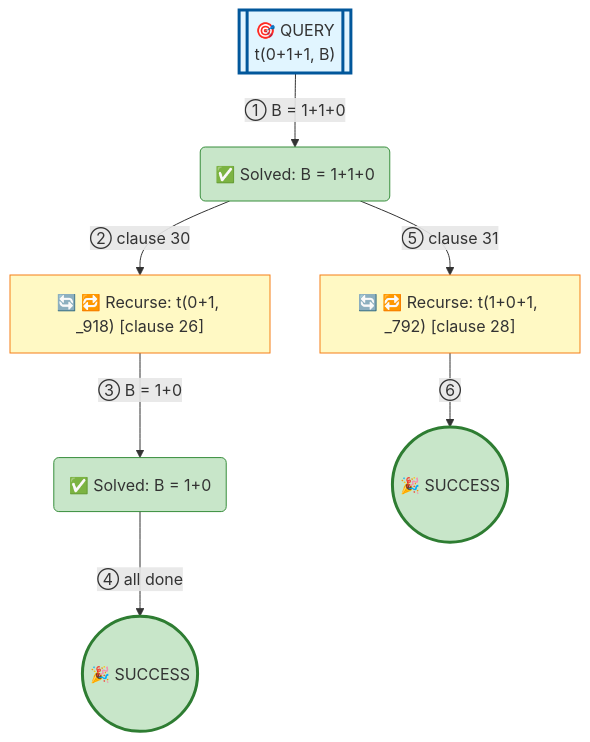
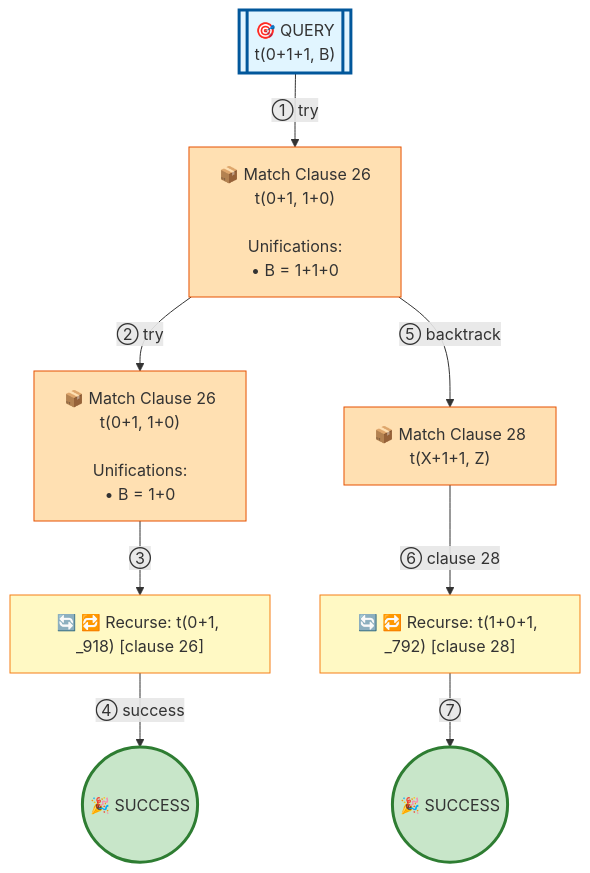
One commit to jarecsni/prolog-trace-viz changed the diagram in examples/3_3_operators-output.md. Above: the diagram before and after it, drawn with Mermaid. The commit also changed other lines of this file and 24 other files, not shown here.

````diff
--- a/examples/3_3_operators-output.md
+++ b/examples/3_3_operators-output.md
@@ -19,29 +19,32 @@
 ```mermaid
 graph TD
 
 %% Nodes
 A[["🎯 QUERY<br/>t(0+1+1, B)"]]
-B("✅ Solved: B = 1+1+0")
+B["📦 Match Clause 26<br/>t(0+1, 1+0)<br/><br/>Unifications:<br/>• B = 1+1+0"]
 C["🔄 🔁 Recurse: t(0+1, _918) [clause 26]"]
-D("✅ Solved: B = 1+0")
+D["📦 Match Clause 26<br/>t(0+1, 1+0)<br/><br/>Unifications:<br/>• B = 1+0"]
 E(("🎉 SUCCESS"))
-F["🔄 🔁 Recurse: t(1+0+1, _792) [clause 28]"]
-G(("🎉 SUCCESS"))
+F["📦 Match Clause 28<br/>t(X+1+1, Z)"]
+G["🔄 🔁 Recurse: t(1+0+1, _792) [clause 28]"]
+H(("🎉 SUCCESS"))
 
 %% Edges
-A -->|"① B = 1+1+0"| B
-B -->|"② clause 30"| C
-C -->|"③ B = 1+0"| D
-D -->|"④ all done"| E
-B -->|"⑤ clause 31"| F
-F -->|"⑥"| G
+A -->|"① try"| B
+B -->|"② try"| D
+D -->|"③"| C
+C -->|"④ success"| E
+B -->|"⑤ backtrack"| F
+F -->|"⑥ clause 28"| G
+G -->|"⑦"| H
 
 %% Styles
 style A fill:#e1f5ff,stroke:#01579b,stroke-width:3px
-style B fill:#c8e6c9,stroke:#388e3c
+style B fill:#ffe0b2,stroke:#e65100
 style C fill:#fff9c4,stroke:#f57f17
-style D fill:#c8e6c9,stroke:#388e3c
+style D fill:#ffe0b2,stroke:#e65100
 style E fill:#c8e6c9,stroke:#2e7d32,stroke-width:3px
-style F fill:#fff9c4,stroke:#f57f17
-style G fill:#c8e6c9,stroke:#2e7d32,stroke-width:3px
+style F fill:#ffe0b2,stroke:#e65100
+style G fill:#fff9c4,stroke:#f57f17
+style H fill:#c8e6c9,stroke:#2e7d32,stroke-width:3px
 ```
````
